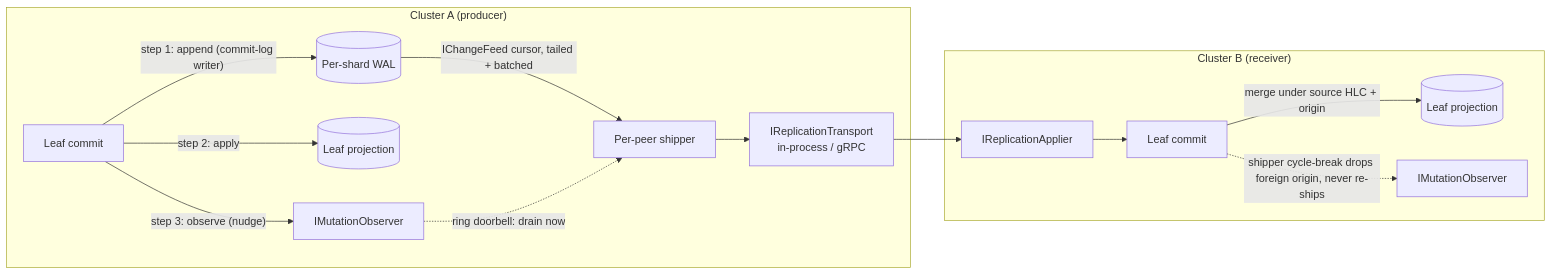
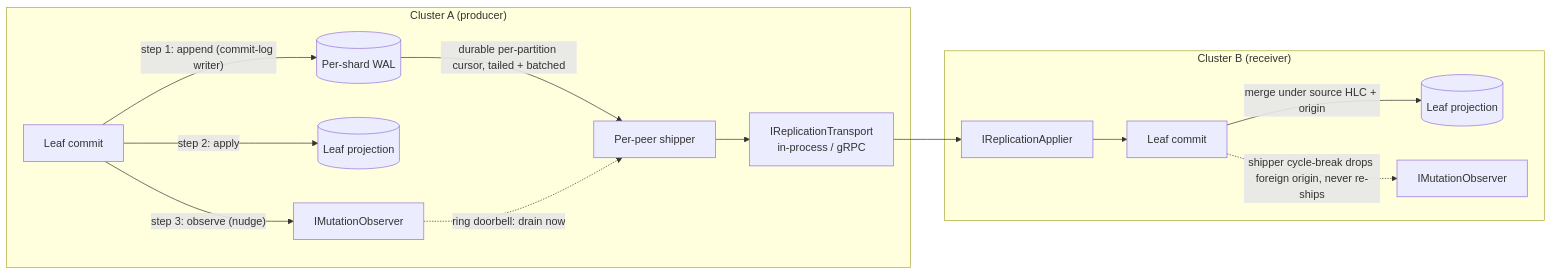
The diagram in docs/lattice.replication/architecture.md (NSTA1/Orleans.Lattice), drawn with Mermaid before and after one commit. The commit also changed other lines of this file and 448 other files, not shown here.

````diff
--- a/docs/lattice.replication/architecture.md
+++ b/docs/lattice.replication/architecture.md
@@ -18,19 +18,19 @@
 ```mermaid
 flowchart LR
     subgraph "Cluster A (producer)"
         Leaf[Leaf commit]
         Leaf -->|"step 1: append (commit-log writer)"| Wal[(Per-shard WAL)]
         Leaf -->|"step 2: apply"| Proj[(Leaf projection)]
         Leaf -->|"step 3: observe (nudge)"| Capture[IMutationObserver]
-        Wal -->|"IChangeFeed cursor, tailed + batched"| Ship[Per-peer shipper]
+        Wal -->|"durable per-partition cursor, tailed + batched"| Ship[Per-peer shipper]
         Capture -.->|"ring doorbell: drain now"| Ship
         Ship --> Transport[IReplicationTransport<br/>in-process / gRPC]
     end
 
     subgraph "Cluster B (receiver)"
         Transport --> Apply[IReplicationApplier]
         Apply --> LeafB[Leaf commit]
         LeafB -->|"merge under source HLC + origin"| ProjB[(Leaf projection)]
         LeafB -.->|"shipper cycle-break drops foreign origin, never re-ships"| CaptureB[IMutationObserver]
     end
 ```
````
